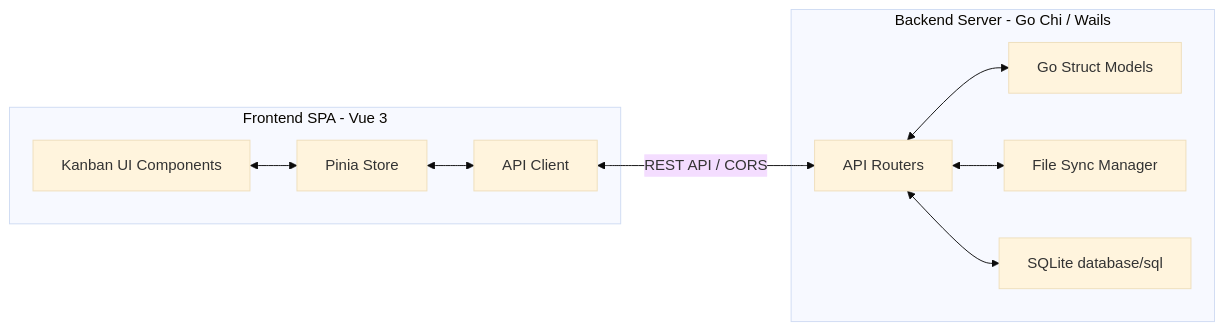
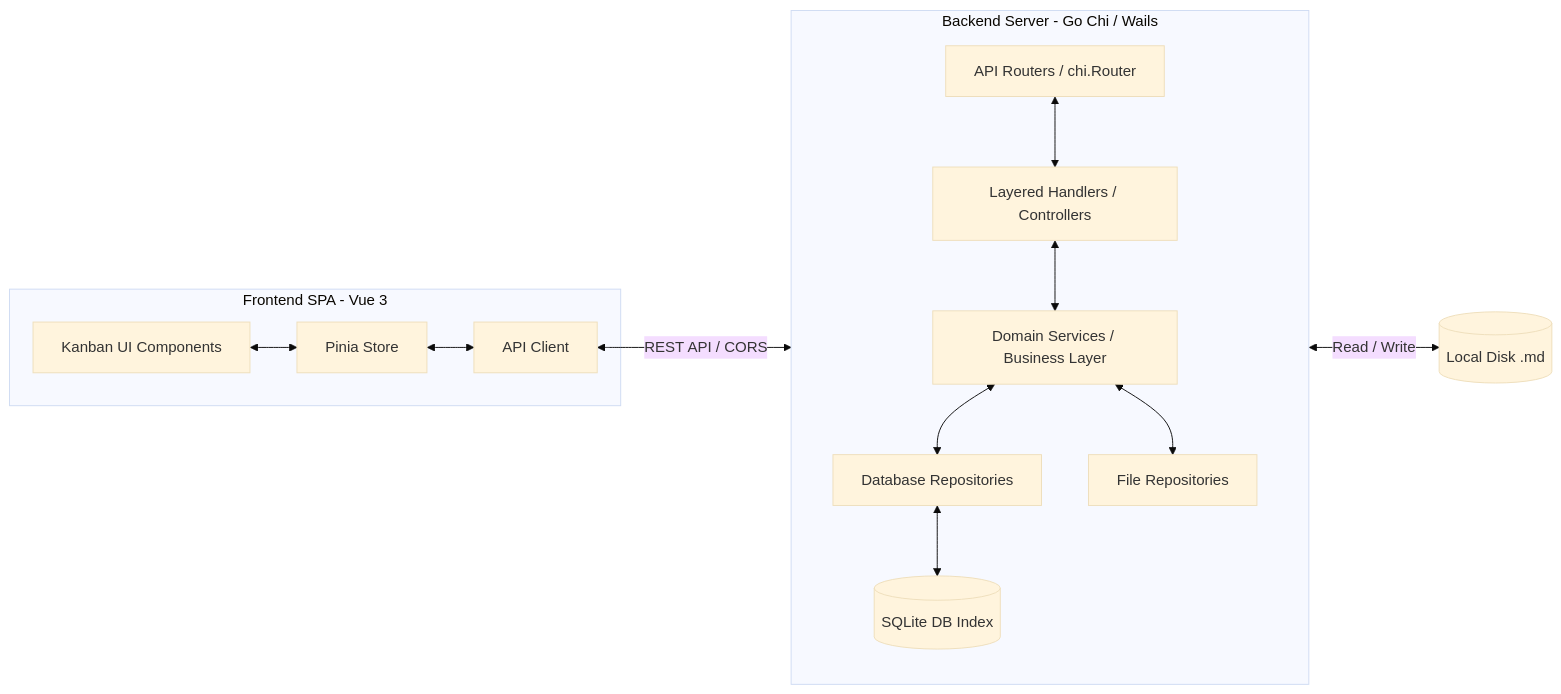
One commit to simon123h/Jotter changed the third of 4 diagrams in docs/developer/architecture.md. Above: the diagram before and after it, drawn with Mermaid (base theme). The commit also changed other lines of this file, not shown here.

Commit message:
docs: update architecture.md to reflect layered backend features

````diff
--- a/docs/developer/architecture.md
+++ b/docs/developer/architecture.md
@@ -66,15 +66,19 @@
 ```mermaid
 flowchart LR
     subgraph Frontend [Frontend SPA - Vue 3]
         UI[Kanban UI Components] <--> Store[Pinia Store]
         Store <--> Client[API Client]
     end
 
     subgraph Backend [Backend Server - Go Chi / Wails]
-        Router[API Routers] <--> Models[Go Struct Models]
-        Router <--> Storage[File Sync Manager]
-        Router <--> Database[SQLite database/sql]
+        direction TB
+        Router[API Routers / chi.Router] <--> Handlers[Layered Handlers / Controllers]
+        Handlers <--> Services[Domain Services / Business Layer]
+        Services <--> DBRepo[Database Repositories]
+        Services <--> FileRepo[File Repositories]
+        DBRepo <--> Database[(SQLite DB Index)]
     end
 
     Client <-->|REST API / CORS| Router
+    FileRepo <-->|Read / Write| Disk[(Local Disk .md)]
 ```
````
